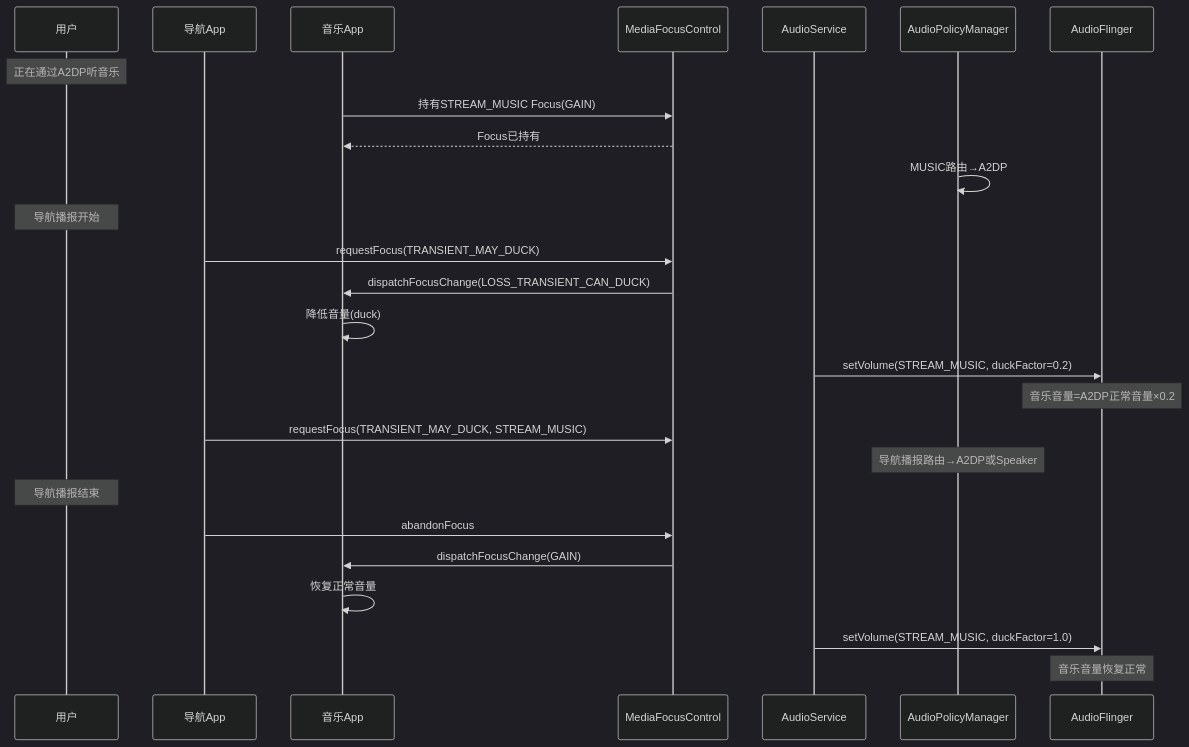
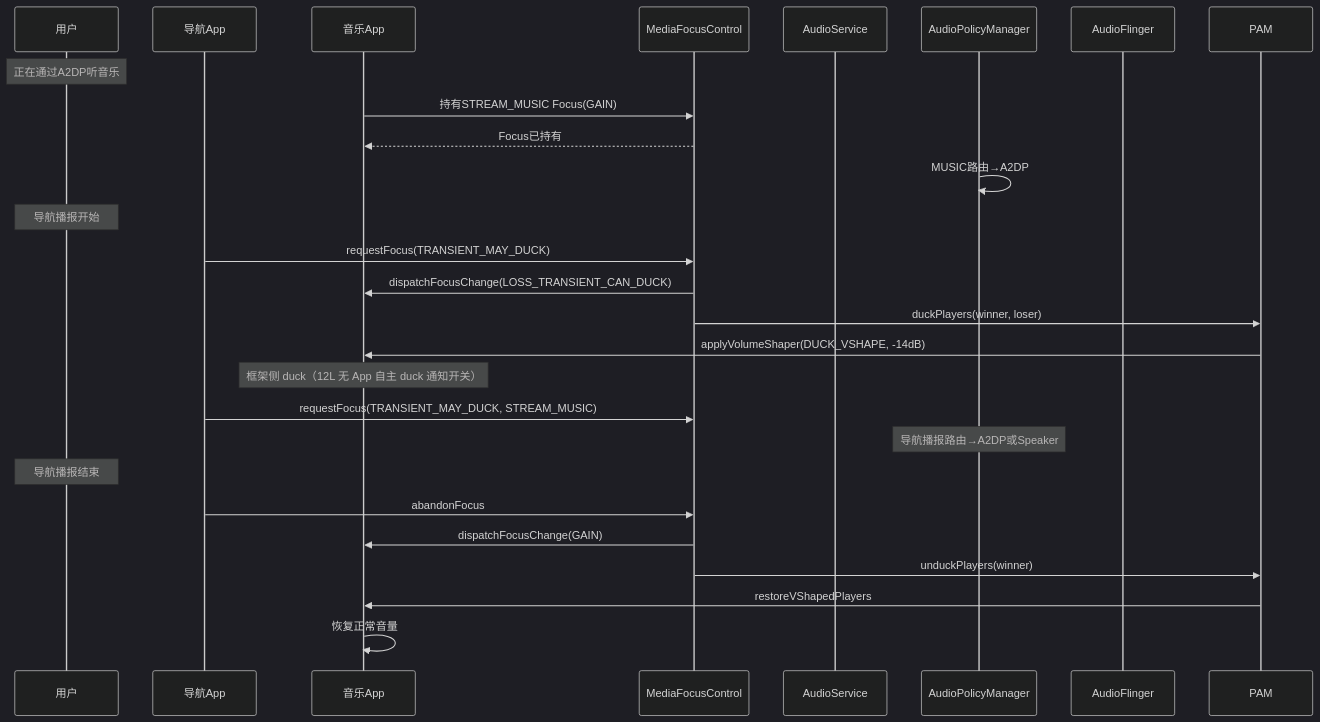
One commit to yanglinzhen1022/SA8295_AAOS_QNX_Audio_KnowledgeBase changed the seventh of 10 diagrams in 13_Volume_Device_Deep_Dive/13_13.3_Focus+Device+Volume联合交互场景.md. Above: the diagram before and after it, drawn with Mermaid (dark theme). The commit also changed other lines of this file and 4 other files, not shown here.

````diff
--- a/13_Volume_Device_Deep_Dive/13_13.3_Focus+Device+Volume联合交互场景.md
+++ b/13_Volume_Device_Deep_Dive/13_13.3_Focus+Device+Volume联合交互场景.md
@@ -257,34 +256,32 @@
 ```mermaid
 sequenceDiagram
     participant USER as 用户
     participant NAV as 导航App
     participant MUSIC as 音乐App
     participant MFC as MediaFocusControl
     participant AS as AudioService
     participant APM as AudioPolicyManager
     participant AF as AudioFlinger
     
     Note over USER: 正在通过A2DP听音乐
     MUSIC->>MFC: 持有STREAM_MUSIC Focus(GAIN)
     MFC-->>MUSIC: Focus已持有
     APM->>APM: MUSIC路由→A2DP
     
     Note over USER: 导航播报开始
     NAV->>MFC: requestFocus(TRANSIENT_MAY_DUCK)
     MFC->>MUSIC: dispatchFocusChange(LOSS_TRANSIENT_CAN_DUCK)
-    MUSIC->>MUSIC: 降低音量(duck)
-    
-    AS->>AF: setVolume(STREAM_MUSIC, duckFactor=0.2)
-    Note over AF: 音乐音量=A2DP正常音量×0.2
+    MFC->>PAM: duckPlayers(winner, loser)
+    PAM->>MUSIC: applyVolumeShaper(DUCK_VSHAPE, -14dB)
+    Note over MUSIC: 框架侧 duck（12L 无 App 自主 duck 通知开关）
     
     NAV->>MFC: requestFocus(TRANSIENT_MAY_DUCK, STREAM_MUSIC)
     Note over APM: 导航播报路由→A2DP或Speaker
     
     Note over USER: 导航播报结束
     NAV->>MFC: abandonFocus
     MFC->>MUSIC: dispatchFocusChange(GAIN)
+    MFC->>PAM: unduckPlayers(winner)
+    PAM->>MUSIC: restoreVShapedPlayers
     MUSIC->>MUSIC: 恢复正常音量
-    
-    AS->>AF: setVolume(STREAM_MUSIC, duckFactor=1.0)
-    Note over AF: 音乐音量恢复正常
 ```
````
